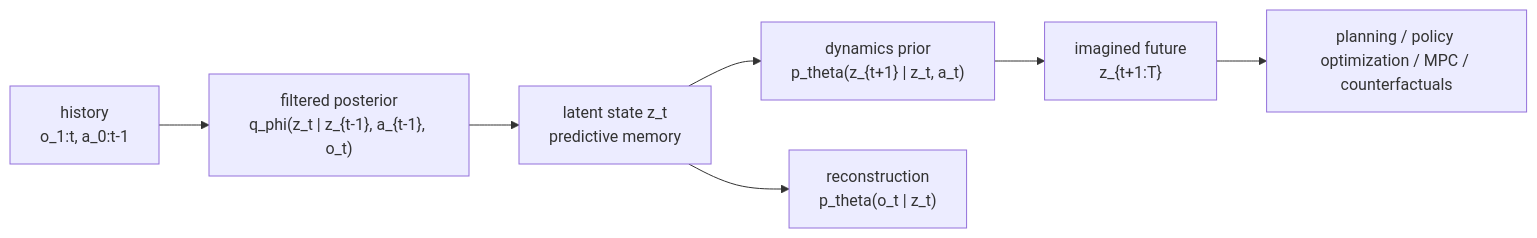
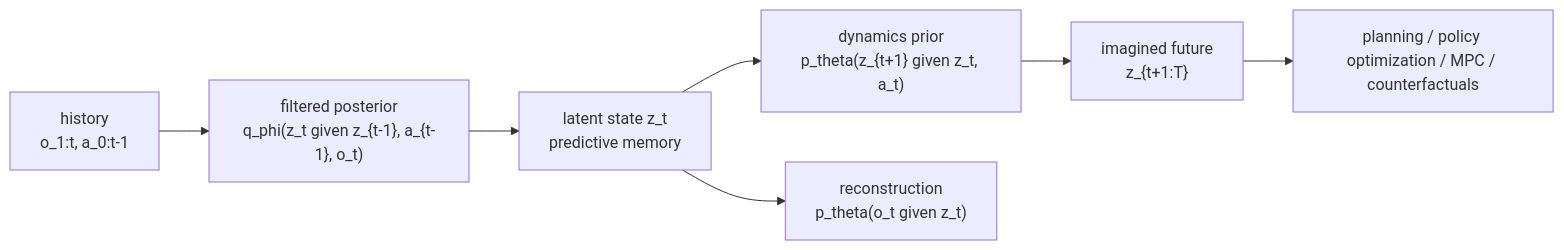
The diagram in wiki/concepts/WorldModelsForEmbodiedAI.md (niuverse/llm-wiki), drawn with Mermaid before and after one commit. The commit also changed 5 other files, not shown here.

Commit message:
Fix Mermaid label compatibility

````diff
--- a/wiki/concepts/WorldModelsForEmbodiedAI.md
+++ b/wiki/concepts/WorldModelsForEmbodiedAI.md
@@ -57,9 +57,9 @@
 ```mermaid
 flowchart LR
-  A["history<br/>o_1:t, a_0:t-1"] --> B["filtered posterior<br/>q_phi(z_t | z_{t-1}, a_{t-1}, o_t)"]
+  A["history<br/>o_1:t, a_0:t-1"] --> B["filtered posterior<br/>q_phi(z_t given z_{t-1}, a_{t-1}, o_t)"]
   B --> C["latent state z_t<br/>predictive memory"]
-  C --> D["dynamics prior<br/>p_theta(z_{t+1} | z_t, a_t)"]
+  C --> D["dynamics prior<br/>p_theta(z_{t+1} given z_t, a_t)"]
   D --> E["imagined future<br/>z_{t+1:T}"]
-  C --> F["reconstruction<br/>p_theta(o_t | z_t)"]
+  C --> F["reconstruction<br/>p_theta(o_t given z_t)"]
   E --> G["planning / policy optimization / MPC / counterfactuals"]
 ```
````
